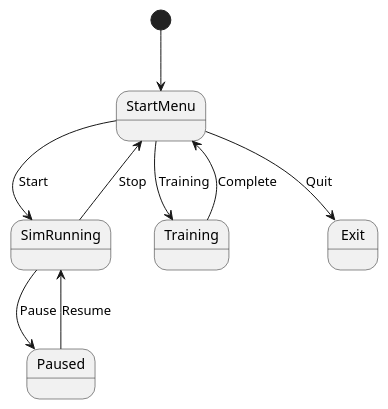
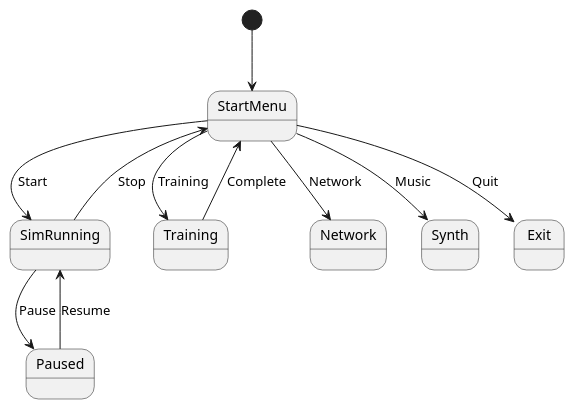
One commit to aortez/dirtsim changed the second of 2 diagrams in apps/src/ui/docs/src/screens/start-menu-home.md. Above: the diagram before and after it, drawn with PlantUML. The commit also changed other lines of this file and 64 other files, not shown here.

First line of the commit message:
Add synth and network UI states (#117)

````diff
--- a/apps/src/ui/docs/src/screens/start-menu-home.md
+++ b/apps/src/ui/docs/src/screens/start-menu-home.md
@@ -27,15 +25,17 @@
 ```plantuml
 @startuml
 [*] --> StartMenu
 
 StartMenu --> SimRunning : Start
 StartMenu --> Training : Training
+StartMenu --> Network : Network
+StartMenu --> Synth : Music
 StartMenu --> Exit : Quit
 
 SimRunning --> Paused : Pause
 Paused --> SimRunning : Resume
 SimRunning --> StartMenu : Stop
 
 Training --> StartMenu : Complete
 @enduml
 ```
````
